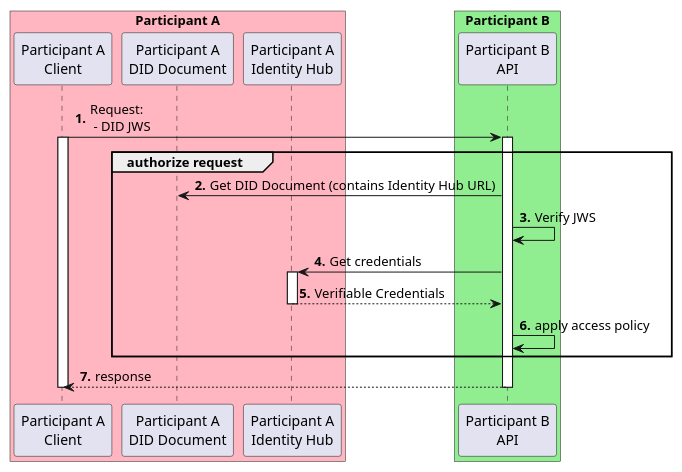
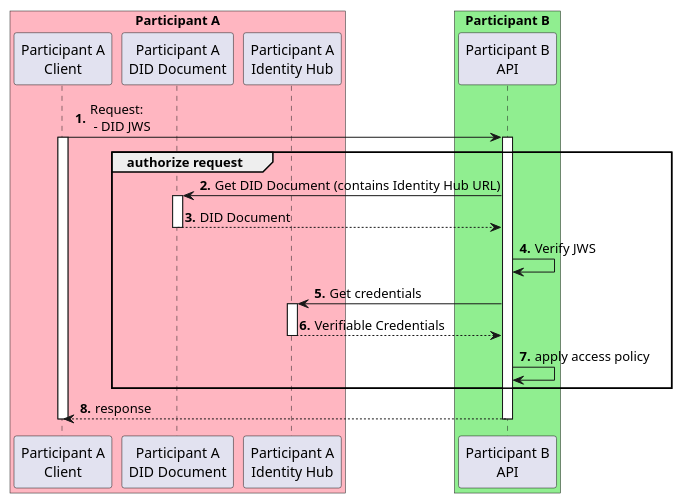
The diagram in docs/developer/decision-records/2022-06-08-identity-hub/authorization.puml (agera-edc/IdentityHubOld), drawn with PlantUML before and after one commit. The commit also changed 1 other file, not shown here.

Commit message:
Consolidate return arrows

```diff
--- a/docs/developer/decision-records/2022-06-08-identity-hub/authorization.puml
+++ b/docs/developer/decision-records/2022-06-08-identity-hub/authorization.puml
@@ -1,24 +1,25 @@
 @startuml
 autonumber "<b>0'.'"
 box "Participant A" #LightPink
 Participant "Participant A\nClient" as ParticipantA
 Participant "Participant A\nDID Document" as DID
 Participant "Participant A\nIdentity Hub" as IDHUB
 end box
 box "Participant B" #LightGreen
 Participant "Participant B\nAPI" as B
 end box
 
 ParticipantA -> B ++: Request:\n - DID JWS
 activate ParticipantA
 group authorize request
-  B -> DID: Get DID Document (contains Identity Hub URL)
+  B -> DID ++: Get DID Document (contains Identity Hub URL)
+  return DID Document
   B -> B: Verify JWS
   B -> IDHUB ++: Get credentials
   return Verifiable Credentials
   B -> B: apply access policy
 end
 return response
 deactivate ParticipantA
 
 @enduml
```
